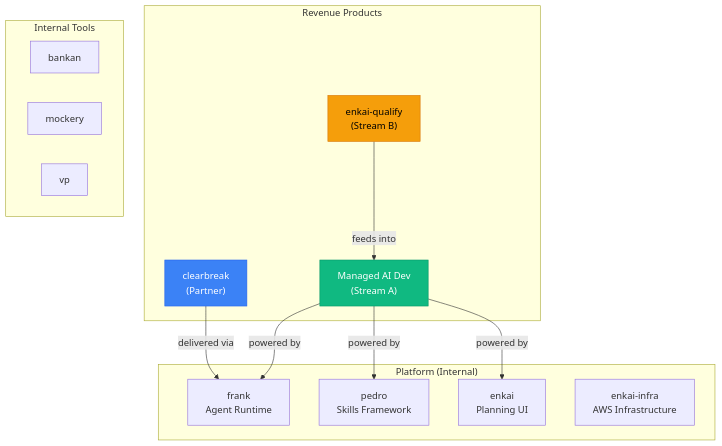
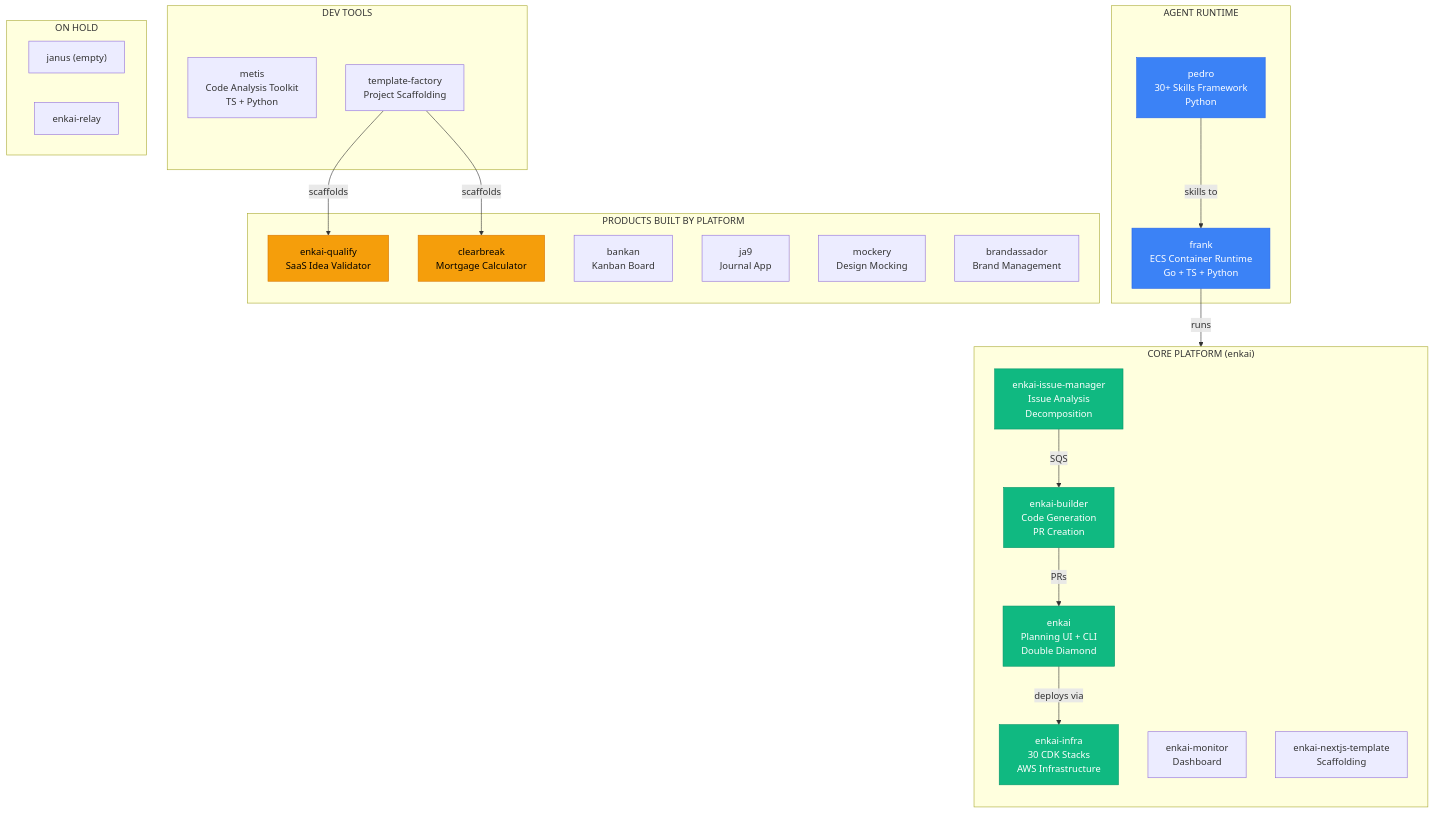
The diagram in vpproduct-run/reports/vp-product-strategy-2026-03-07.md (enkai-inc/vp), drawn with Mermaid before and after one commit. The commit also changed other lines of this file and 3 other files, not shown here.

First line of the commit message:
Revise VP reports (R1): center on enkai platform and full portfolio

````diff
--- a/vpproduct-run/reports/vp-product-strategy-2026-03-07.md
+++ b/vpproduct-run/reports/vp-product-strategy-2026-03-07.md
@@ -33,31 +34,53 @@
 ```mermaid
 graph TB
-    subgraph "Revenue Products"
-        A["Managed AI Dev<br/>(Stream A)"]
-        B["enkai-qualify<br/>(Stream B)"]
-        C["clearbreak<br/>(Partner)"]
+    subgraph "CORE PLATFORM (enkai)"
+        direction TB
+        E["enkai<br/>Planning UI + CLI<br/>Double Diamond"]
+        EB["enkai-builder<br/>Code Generation<br/>PR Creation"]
+        EIM["enkai-issue-manager<br/>Issue Analysis<br/>Decomposition"]
+        EI["enkai-infra<br/>30 CDK Stacks<br/>AWS Infrastructure"]
+        EM["enkai-monitor<br/>Dashboard"]
+        ENT["enkai-nextjs-template<br/>Scaffolding"]
     end
 
-    subgraph "Platform (Internal)"
-        D["frank<br/>Agent Runtime"]
-        E["pedro<br/>Skills Framework"]
-        F["enkai<br/>Planning UI"]
-        G["enkai-infra<br/>AWS Infrastructure"]
+    subgraph "AGENT RUNTIME"
+        F["frank<br/>ECS Container Runtime<br/>Go + TS + Python"]
+        P["pedro<br/>30+ Skills Framework<br/>Python"]
     end
 
-    subgraph "Internal Tools"
-        H["bankan"]
-        I["mockery"]
-        J["vp"]
+    subgraph "DEV TOOLS"
+        M["metis<br/>Code Analysis Toolkit<br/>TS + Python"]
+        TF["template-factory<br/>Project Scaffolding"]
     end
 
-    A -->|"powered by"| D
-    A -->|"powered by"| E
-    A -->|"powered by"| F
-    B -->|"feeds into"| A
-    C -->|"delivered via"| D
+    subgraph "PRODUCTS BUILT BY PLATFORM"
+        EQ["enkai-qualify<br/>SaaS Idea Validator"]
+        CB["clearbreak<br/>Mortgage Calculator"]
+        BK["bankan<br/>Kanban Board"]
+        J9["ja9<br/>Journal App"]
+        MK["mockery<br/>Design Mocking"]
+        BA["brandassador<br/>Brand Management"]
+    end
 
-    style A fill:#10b981,stroke:#059669,color:#fff
-    style B fill:#f59e0b,stroke:#d97706,color:#000
-    style C fill:#3b82f6,stroke:#2563eb,color:#fff
+    subgraph "ON HOLD"
+        JN["janus (empty)"]
+        ER["enkai-relay"]
+    end
+
+    EIM -->|"SQS"| EB
+    EB -->|"PRs"| E
+    E -->|"deploys via"| EI
+    F -->|"runs"| EB
+    P -->|"skills to"| F
+    TF -->|"scaffolds"| EQ
+    TF -->|"scaffolds"| CB
+
+    style E fill:#10b981,stroke:#059669,color:#fff
+    style EB fill:#10b981,stroke:#059669,color:#fff
+    style EIM fill:#10b981,stroke:#059669,color:#fff
+    style EI fill:#10b981,stroke:#059669,color:#fff
+    style F fill:#3b82f6,stroke:#2563eb,color:#fff
+    style P fill:#3b82f6,stroke:#2563eb,color:#fff
+    style EQ fill:#f59e0b,stroke:#d97706,color:#000
+    style CB fill:#f59e0b,stroke:#d97706,color:#000
 ```
````
